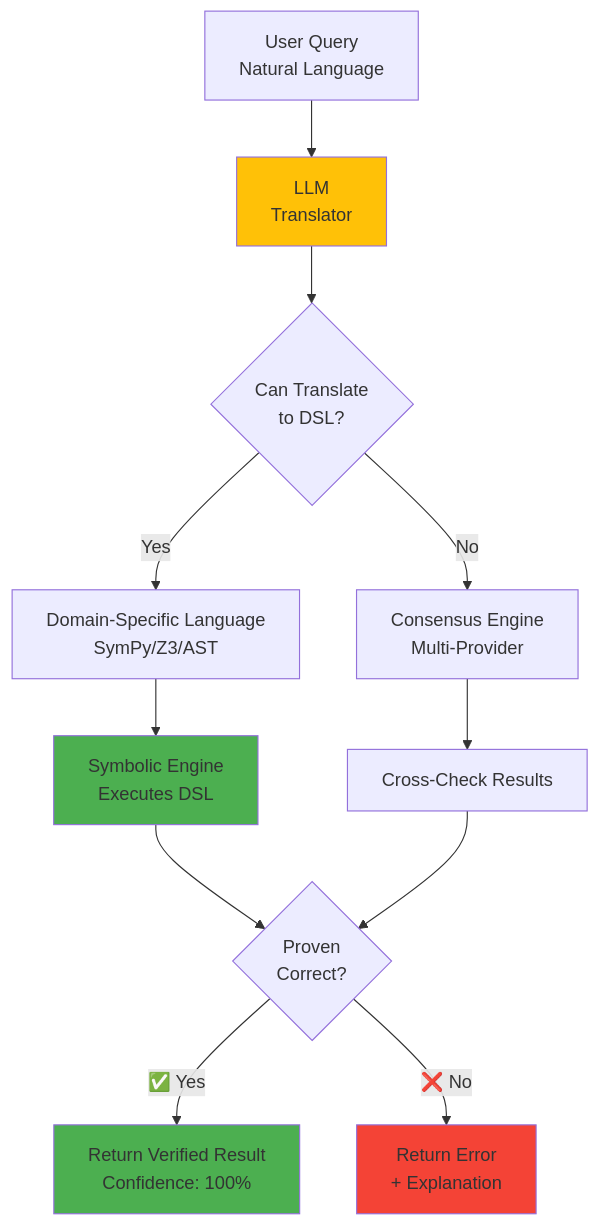
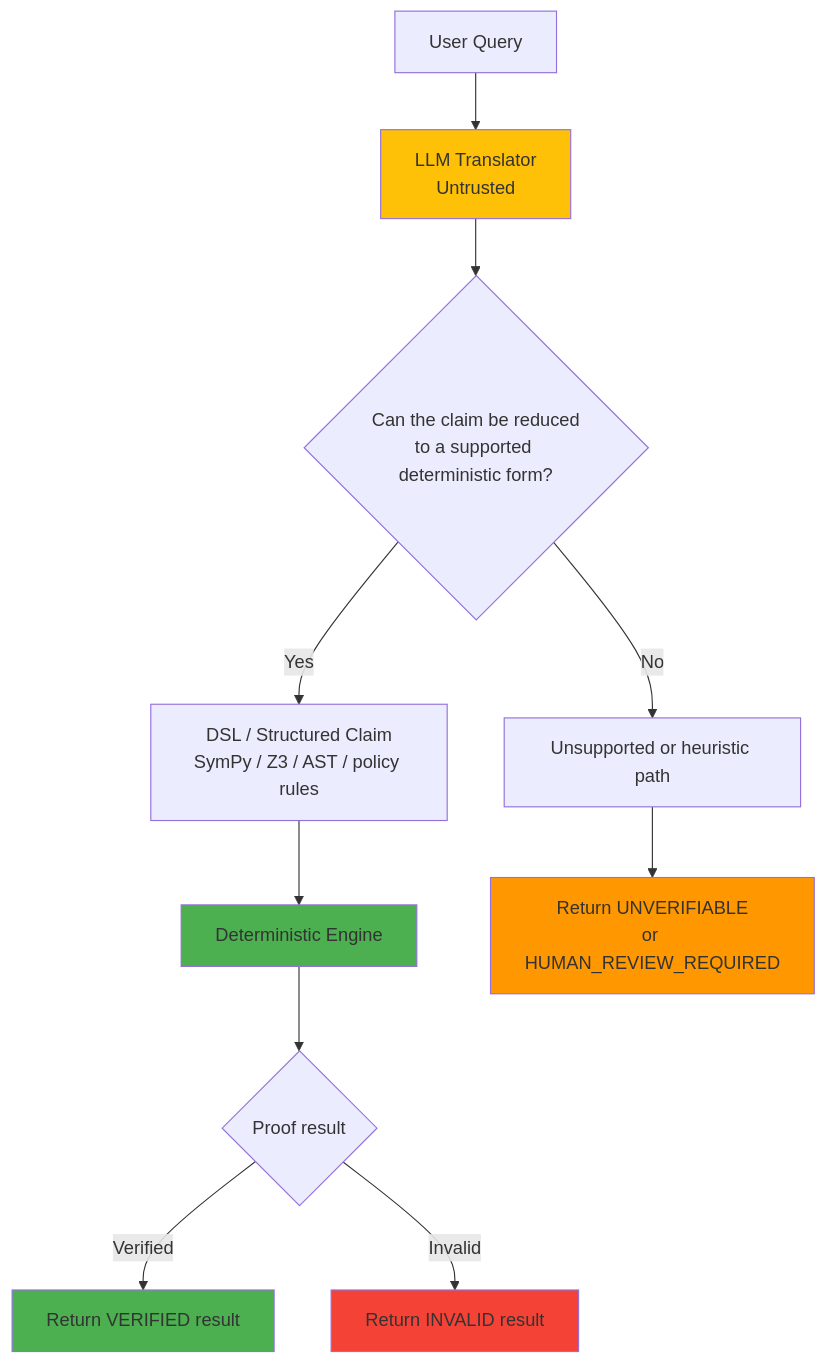
One commit to QWED-AI/qwed-learning changed the first of 5 diagrams in ARCHITECTURE.md. Above: the diagram before and after it, drawn with Mermaid. The commit also changed other lines of this file and 23 other files, not shown here.

````diff
--- a/ARCHITECTURE.md
+++ b/ARCHITECTURE.md
@@ -11,18 +11,18 @@
 ```mermaid
 graph TB
-    A[User Query<br/>Natural Language] --> B[LLM<br/>Translator]
-    B --> C{Can Translate<br/>to DSL?}
-    C -->|Yes| D[Domain-Specific Language<br/>SymPy/Z3/AST]
-    C -->|No| E[Consensus Engine<br/>Multi-Provider]
-    D --> F[Symbolic Engine<br/>Executes DSL]
-    E --> G[Cross-Check Results]
-    F --> H{Proven<br/>Correct?}
-    G --> H
-    H -->|✅ Yes| I[Return Verified Result<br/>Confidence: 100%]
-    H -->|❌ No| J[Return Error<br/>+ Explanation]
-    
+    A["User Query"] --> B["LLM Translator<br/>Untrusted"]
+    B --> C{"Can the claim be reduced<br/>to a supported deterministic form?"}
+    C -->|Yes| D["DSL / Structured Claim<br/>SymPy / Z3 / AST / policy rules"]
+    C -->|No| E["Unsupported or heuristic path"]
+    D --> F["Deterministic Engine"]
+    F --> G{"Proof result"}
+    G -->|Verified| H["Return VERIFIED result"]
+    G -->|Invalid| I["Return INVALID result"]
+    E --> J["Return UNVERIFIABLE<br/>or HUMAN_REVIEW_REQUIRED"]
+
     style B fill:#ffc107
     style F fill:#4caf50
-    style I fill:#4caf50
-    style J fill:#f44336
+    style H fill:#4caf50
+    style I fill:#f44336
+    style J fill:#ff9800
 ```
````
